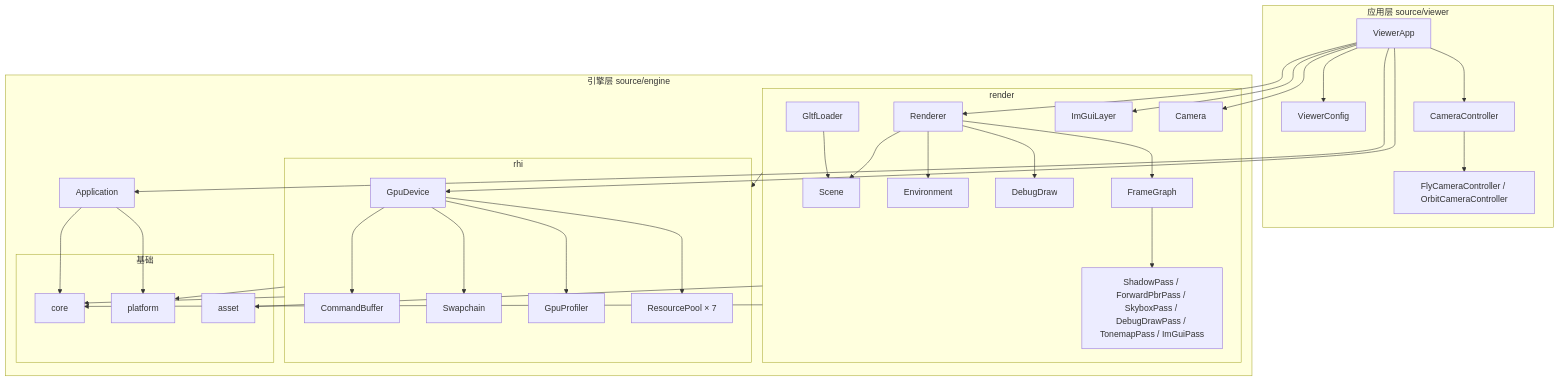
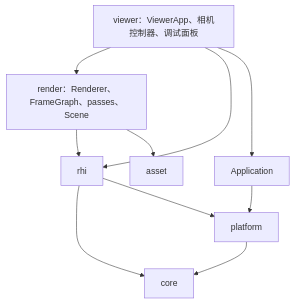
The second of 5 diagrams in docs/Architecture.md (ChenJiaming5613/MEngine), drawn with Mermaid before and after one commit. The commit also changed other lines of this file and 64 other files, not shown here.

````diff
--- a/docs/Architecture.md
+++ b/docs/Architecture.md
@@ -58,30 +49,8 @@
 ```mermaid
 graph TB
-    subgraph app["应用层 source/viewer"]
-        ViewerApp --> ViewerConfig & CameraController
-        CameraController --> Fly["FlyCameraController / OrbitCameraController"]
-    end
-    subgraph engine["引擎层 source/engine"]
-        Application
-        subgraph render["render"]
-            Renderer --> Graph["FrameGraph"]
-            Graph --> Passes["ShadowPass / ForwardPbrPass / SkyboxPass / DebugDrawPass / TonemapPass / ImGuiPass"]
-            Renderer --> Scene & Environment & DebugDraw
-            GltfLoader --> Scene
-            ImGuiLayer
-            Camera
-        end
-        subgraph rhi["rhi"]
-            GpuDevice --> CommandBuffer & Swapchain & GpuProfiler
-            GpuDevice --> Pools["ResourcePool × 7"]
-        end
-        subgraph base["基础"]
-            core & platform & asset
-        end
-    end
-    ViewerApp --> Application & Renderer & ImGuiLayer & GpuDevice & Camera
-    render --> rhi
+    viewer["viewer：ViewerApp、相机控制器、调试面板"] --> render & rhi & Application
+    Application --> platform
+    render["render：Renderer、FrameGraph、passes、Scene"] --> rhi & asset
     rhi --> core & platform
-    render --> asset & core
-    Application --> platform & core
+    platform --> core
 ```
````
